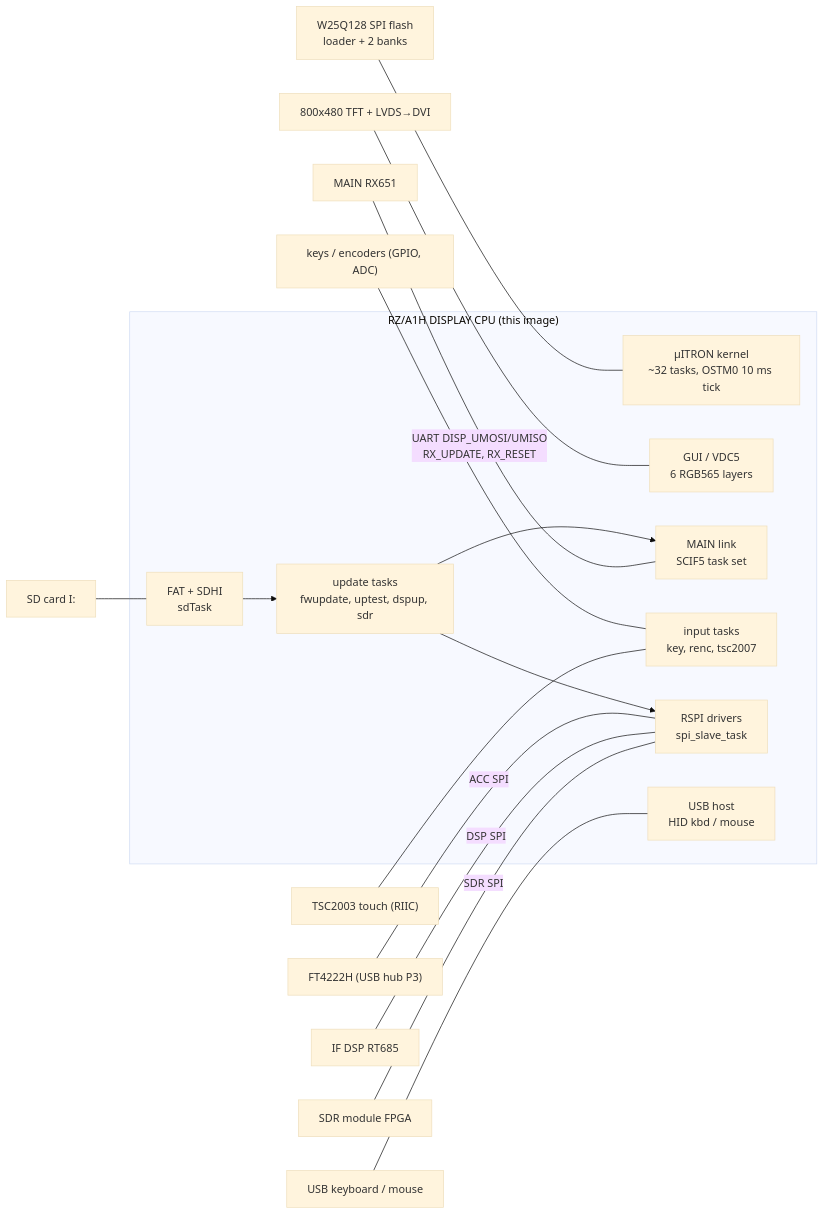
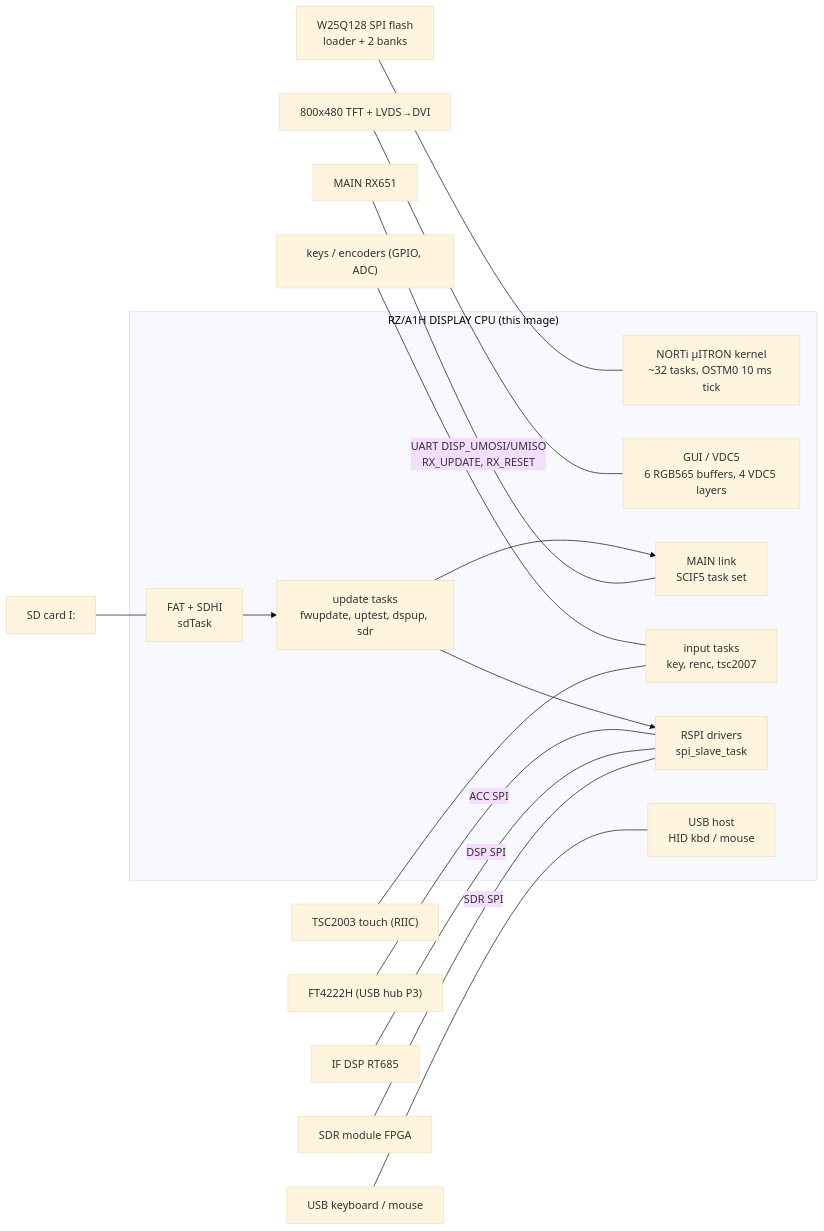
Before and after one commit to Reid-n0rc/FT-710_Firmware: the first of 2 diagrams in docs/code/display/README.md, drawn with Mermaid (base theme). The commit also changed other lines of this file and 5 other files, not shown here.

````diff
--- a/docs/code/display/README.md
+++ b/docs/code/display/README.md
@@ -13,26 +13,26 @@
 ```mermaid
 flowchart LR
   subgraph RZ["RZ/A1H DISPLAY CPU (this image)"]
-    K["µITRON kernel<br/>~32 tasks, OSTM0 10 ms tick"]
-    GUI["GUI / VDC5<br/>6 RGB565 layers"]
+    K["NORTi µITRON kernel<br/>~32 tasks, OSTM0 10 ms tick"]
+    GUI["GUI / VDC5<br/>6 RGB565 buffers, 4 VDC5 layers"]
     UPD["update tasks<br/>fwupdate, uptest, dspup, sdr"]
     ML["MAIN link<br/>SCIF5 task set"]
     IN["input tasks<br/>key, renc, tsc2007"]
     SPI["RSPI drivers<br/>spi_slave_task"]
     USB["USB host<br/>HID kbd / mouse"]
     FS["FAT + SDHI<br/>sdTask"]
   end
   FL["W25Q128 SPI flash<br/>loader + 2 banks"] --- K
   LCD["800x480 TFT + LVDS→DVI"] --- GUI
   TP["TSC2003 touch (RIIC)"] --- IN
   ENC["keys / encoders (GPIO, ADC)"] --- IN
   SD["SD card I:"] --- FS
   MAIN["MAIN RX651"] ---|"UART DISP_UMOSI/UMISO<br/>RX_UPDATE, RX_RESET"| ML
   SDR["SDR module FPGA"] ---|"SDR SPI"| SPI
   DSP["IF DSP RT685"] ---|"DSP SPI"| SPI
   FT["FT4222H (USB hub P3)"] ---|"ACC SPI"| SPI
   KB["USB keyboard / mouse"] --- USB
   FS --> UPD
   UPD --> ML
   UPD --> SPI
 ```
````
